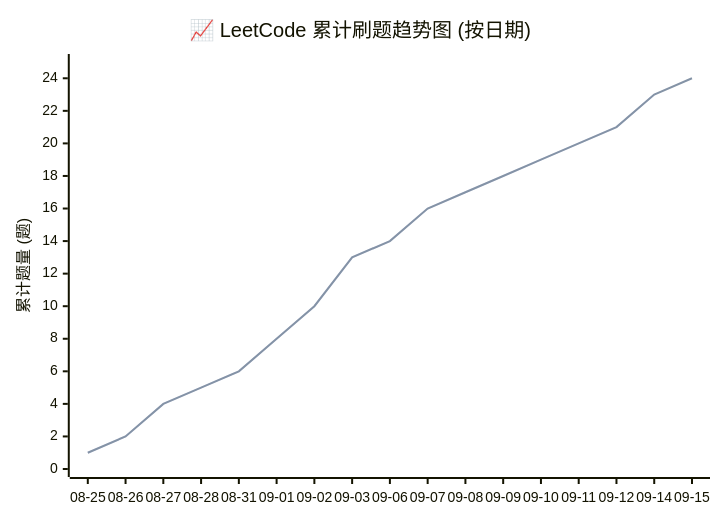
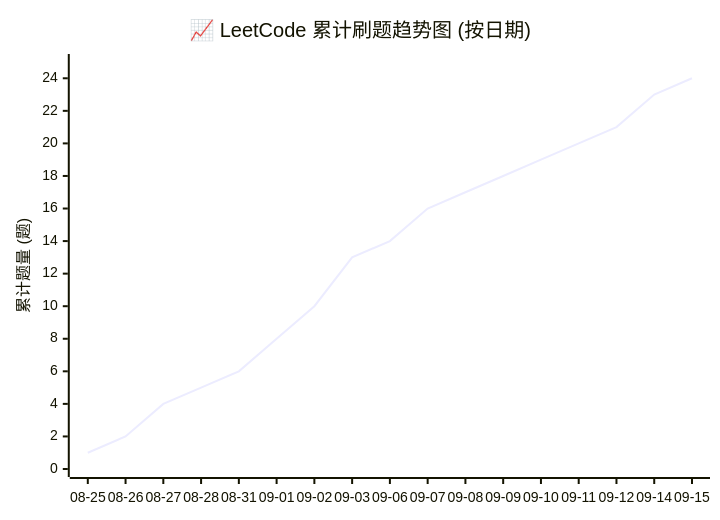
One commit to hexinbyte/LeetCode-Journey changed the diagram in README.md. Above: the diagram before and after it, drawn with Mermaid. The commit also changed other lines of this file and 1 other file, not shown here.

Commit message:
更新刷题统计

````diff
--- a/README.md
+++ b/README.md
@@ -18,9 +16,7 @@
 ```mermaid
 xychart-beta
     title "📈 LeetCode 累计刷题趋势图 (按日期)"
-    x-axis ["08-25", "08-26", "08-27", "08-28", "08-31", "09-01", "09-02", "09-03", "09-06", "09-07", "09-08", "09-09", "09-10", "09-11", "09-12", "09-14"]
     x-axis ["08-25", "08-26", "08-27", "08-28", "08-31", "09-01", "09-02", "09-03", "09-06", "09-07", "09-08", "09-09", "09-10", "09-11", "09-12", "09-14", "09-15"]
     y-axis "累计题量 (题)" 0 --> 25
-    line [1, 2, 4, 5, 6, 8, 10, 13, 14, 16, 17, 18, 19, 20, 21, 23]
     line [1, 2, 4, 5, 6, 8, 10, 13, 14, 16, 17, 18, 19, 20, 21, 23, 24]
 ```
````
